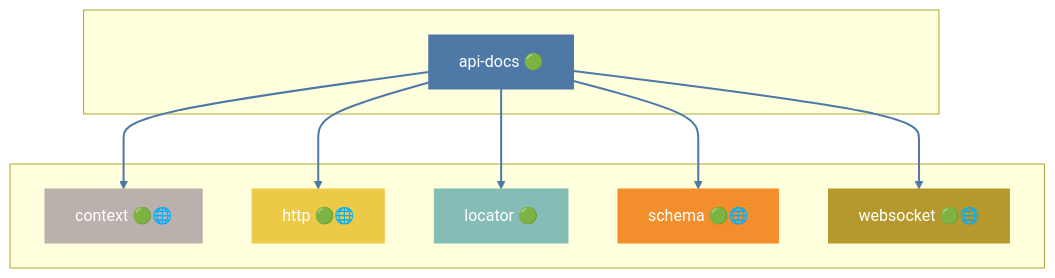
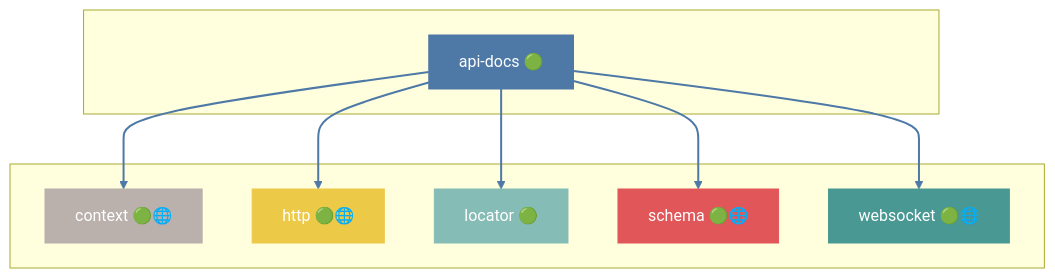
The second of 51 diagrams in docs/DEPENDENCIES.md (grest-ts/grest-ts), drawn with Mermaid before and after one commit. The commit also changed other lines of this file and 24 other files, not shown here.

````diff
--- a/docs/DEPENDENCIES.md
+++ b/docs/DEPENDENCIES.md
@@ -497,29 +499,29 @@
 ```mermaid
 flowchart TB
     subgraph Package[" "]
         api-docs["api-docs 🟢"]
     end
     subgraph Dependencies[" "]
         context["context 🟢🌐"]
         http["http 🟢🌐"]
         locator["locator 🟢"]
         schema["schema 🟢🌐"]
         websocket["websocket 🟢🌐"]
     end
     api-docs --> context
     api-docs --> http
     api-docs --> locator
     api-docs --> schema
     api-docs --> websocket
     style api-docs fill:#4E79A7,stroke:#4E79A7,color:#fff
     style context fill:#BAB0AC,stroke:#BAB0AC,color:#fff
     style http fill:#EDC948,stroke:#EDC948,color:#fff
     style locator fill:#86BCB6,stroke:#86BCB6,color:#fff
-    style schema fill:#F28E2B,stroke:#F28E2B,color:#fff
-    style websocket fill:#B6992D,stroke:#B6992D,color:#fff
+    style schema fill:#E15759,stroke:#E15759,color:#fff
+    style websocket fill:#499894,stroke:#499894,color:#fff
     linkStyle 0 stroke:#4E79A7,stroke-width:2px
     linkStyle 1 stroke:#4E79A7,stroke-width:2px
     linkStyle 2 stroke:#4E79A7,stroke-width:2px
     linkStyle 3 stroke:#4E79A7,stroke-width:2px
     linkStyle 4 stroke:#4E79A7,stroke-width:2px
 ```
````
